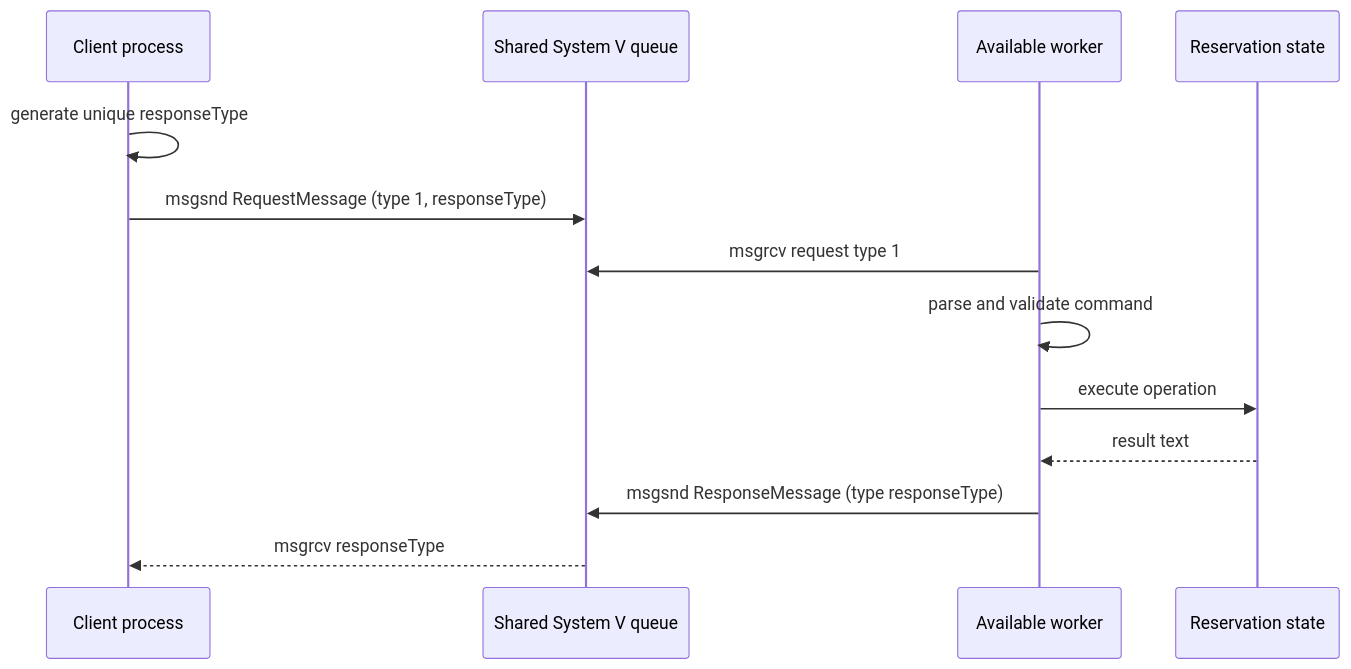
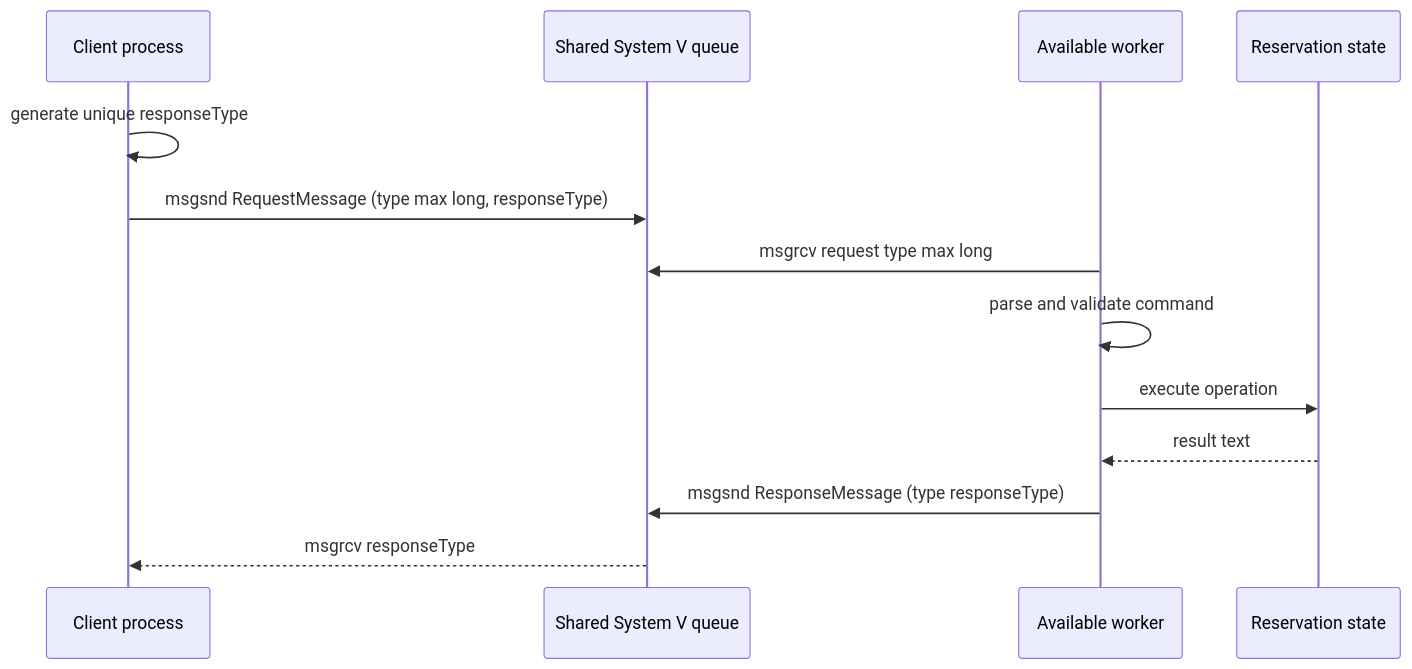
One commit to vixvify/airplane-booking changed the third of 5 diagrams in docs/architecture.md. Above: the diagram before and after it, drawn with Mermaid. The commit also changed other lines of this file and 13 other files, not shown here.

Commit message:
Prevent expired shared queue response leaks

````diff
--- a/docs/architecture.md
+++ b/docs/architecture.md
@@ -83,16 +83,16 @@
 ```mermaid
 sequenceDiagram
     participant Client as Client process
     participant Queue as Shared System V queue
     participant Worker as Available worker
     participant Domain as Reservation state
 
     Client->>Client: generate unique responseType
-    Client->>Queue: msgsnd RequestMessage (type 1, responseType)
-    Worker->>Queue: msgrcv request type 1
+    Client->>Queue: msgsnd RequestMessage (type max long, responseType)
+    Worker->>Queue: msgrcv request type max long
     Worker->>Worker: parse and validate command
     Worker->>Domain: execute operation
     Domain-->>Worker: result text
     Worker->>Queue: msgsnd ResponseMessage (type responseType)
     Queue-->>Client: msgrcv responseType
 ```
````
